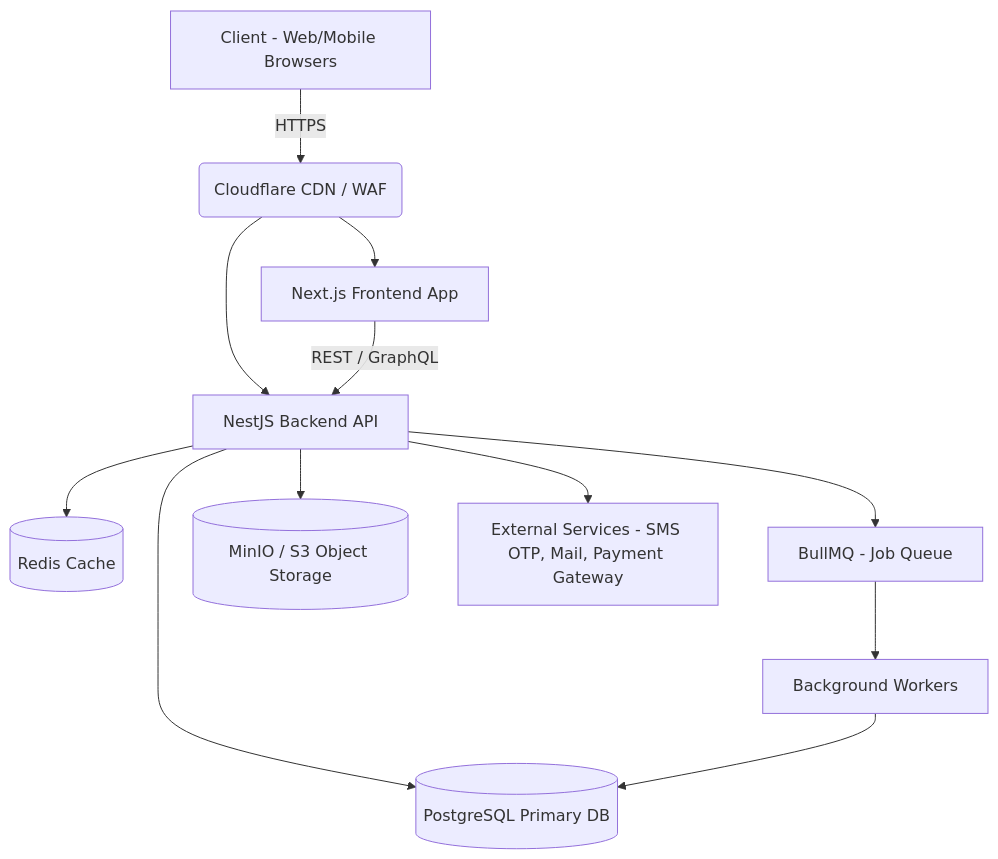
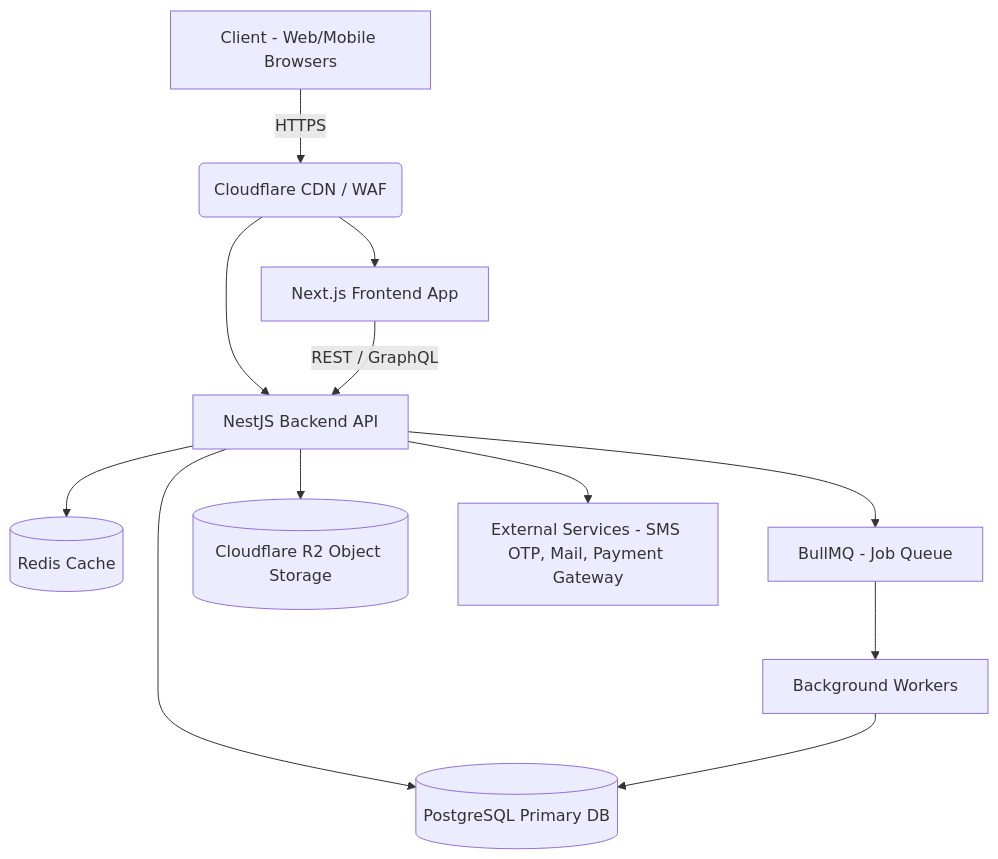
The diagram in docs/9_System_Architecture.md (vibe-code-tours/team-05-app), drawn with Mermaid before and after one commit. The commit also changed other lines of this file and 4 other files, not shown here.

Commit message:
docs: update storage architecture from MinIO to Cloudflare R2

````diff
--- a/docs/9_System_Architecture.md
+++ b/docs/9_System_Architecture.md
@@ -6,19 +6,19 @@
 ```mermaid
 graph TD
     A[Client - Web/Mobile Browsers] -->|HTTPS| B(Cloudflare CDN / WAF)
     B --> C[Next.js Frontend App]
     B --> D[NestJS Backend API]
     
     C -->|REST / GraphQL| D
     
     D --> E[(PostgreSQL Primary DB)]
     D --> F[(Redis Cache)]
     D --> G[BullMQ - Job Queue]
     
     G --> H[Background Workers]
     H --> E
     
-    D --> I[(MinIO / S3 Object Storage)]
+    D --> I[(Cloudflare R2 Object Storage)]
     
     D --> J[External Services - SMS OTP, Mail, Payment Gateway]
 ```
````
